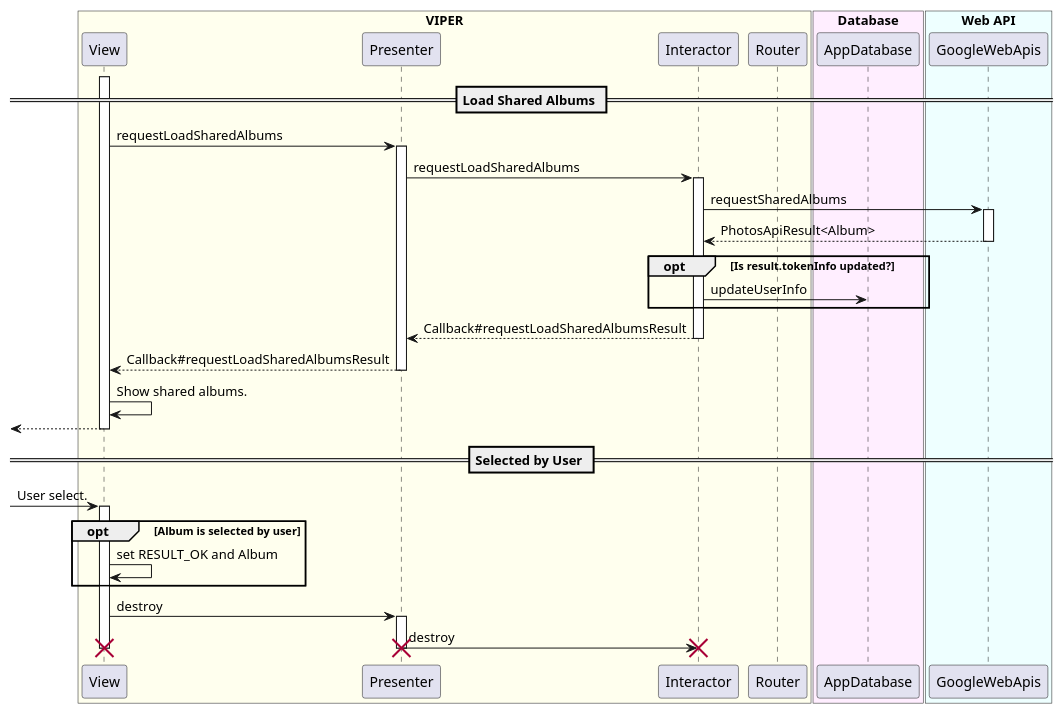
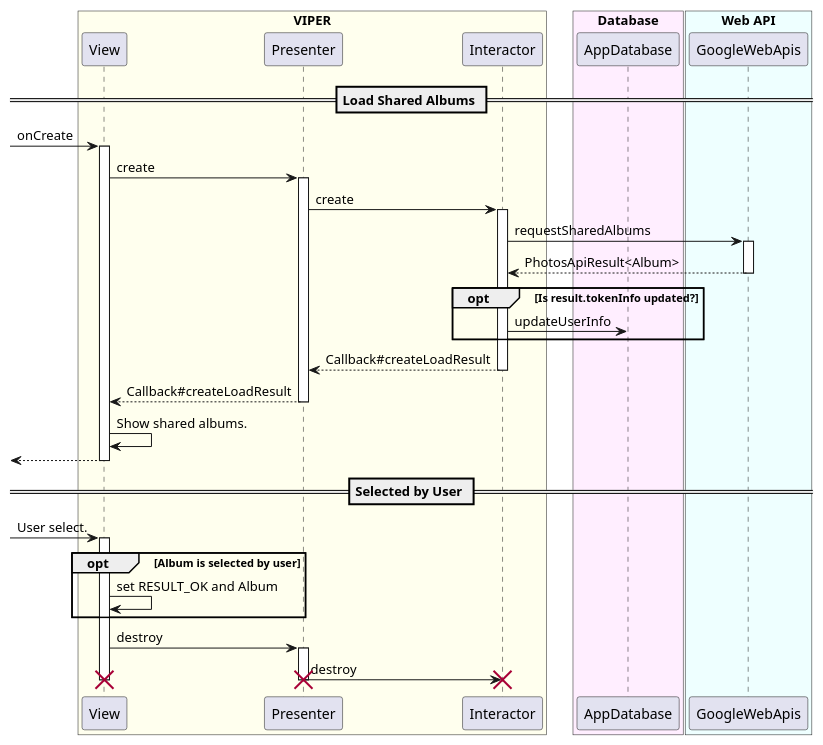
The diagram in uml/select/sequence_diagram_select.md (sallyluenoa/PhotoSlideShow), drawn with PlantUML before and after one commit. The commit also changed 7 other files, not shown here.

```diff
--- a/uml/select/sequence_diagram_select.md
+++ b/uml/select/sequence_diagram_select.md
@@ -1,48 +1,48 @@
 @startuml
 box "VIPER" #FFFFEE
   participant View
   participant Presenter
   participant Interactor
-  participant Router
 end box
 
 box "Database" #FFEEFF
   participant AppDatabase
 end box
 
 box "Web API" #EEFFFF
   participant GoogleWebApis
 end box
 
 == Load Shared Albums ==
 
+[-> View: onCreate
 View++
-View -> Presenter++: requestLoadSharedAlbums
-  Presenter -> Interactor++: requestLoadSharedAlbums
+View -> Presenter++: create
+  Presenter -> Interactor++: create
 
     Interactor -> GoogleWebApis++: requestSharedAlbums
     return PhotosApiResult<Album>
 
     opt Is result.tokenInfo updated?
       Interactor -> AppDatabase: updateUserInfo
     end
 
-  return Callback#requestLoadSharedAlbumsResult
-return Callback#requestLoadSharedAlbumsResult
+  return Callback#createLoadResult
+return Callback#createLoadResult
 
 View -> View: Show shared albums.
 [<-- View--
 
 == Selected by User ==
 
 [-> View++: User select.
 
 opt Album is selected by user
   View -> View: set RESULT_OK and Album
 end
 
 View -> Presenter++: destroy
 Presenter -> Interactor!!: destroy
 destroy Presenter
 destroy View
 @enduml
```
